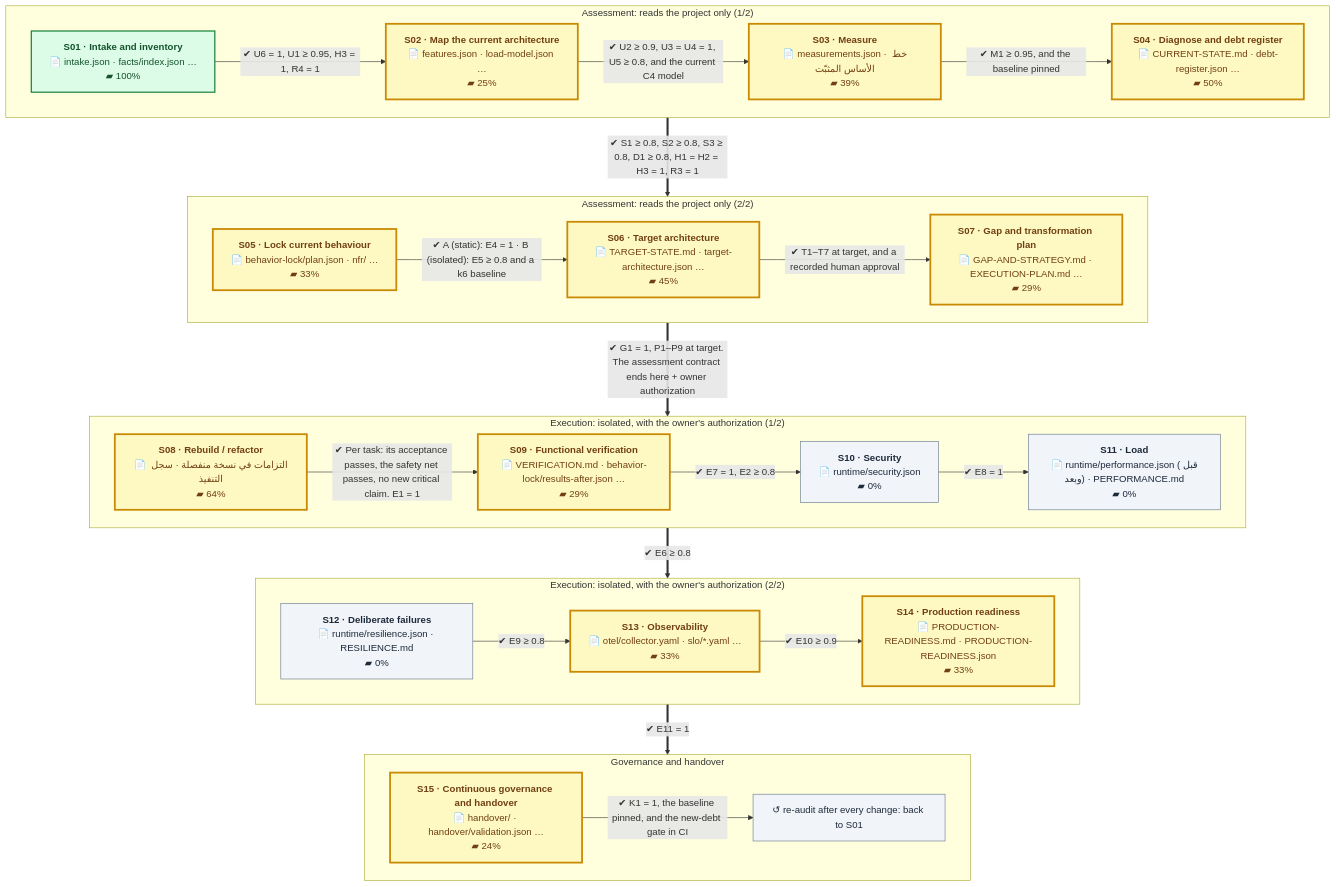
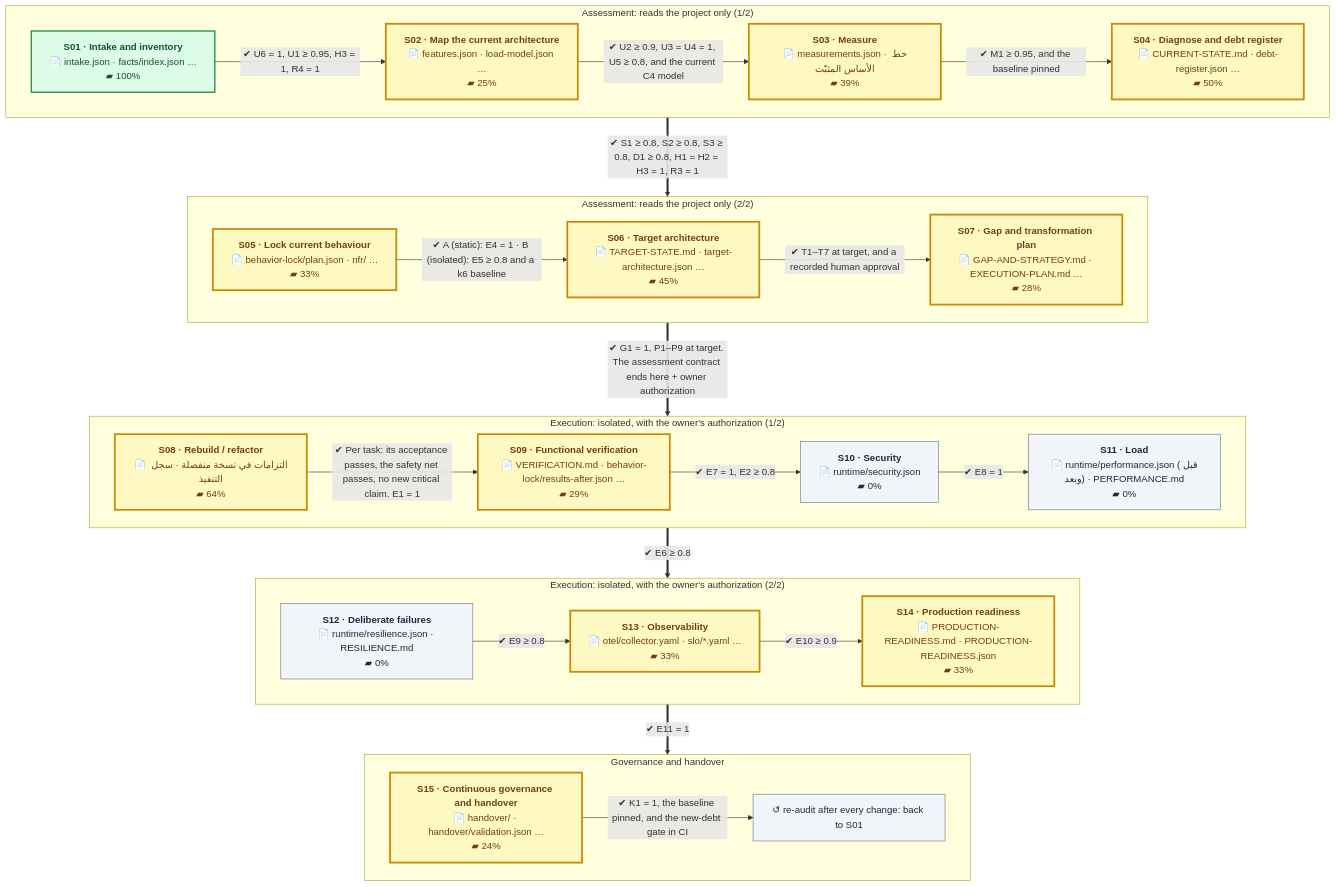
Before and after one commit to eom1417/engineering-audit-os: the first of 2 diagrams in README.en.md, drawn with Mermaid. The commit also changed other lines of this file and 44 other files, not shown here.

````diff
--- a/README.en.md
+++ b/README.en.md
@@ -52,54 +52,54 @@
 ```mermaid
 %%{init: {'flowchart': {'wrappingWidth': 260, 'nodeSpacing': 40, 'rankSpacing': 60}}}%%
 flowchart TB
     subgraph P1["Assessment: reads the project only (1/2)"]
         direction LR
         S01["<b>S01 · Intake and inventory</b><br/>📄 intake.json · facts/index.json …<br/>▰ 100%"]:::done
         S02["<b>S02 · Map the current architecture</b><br/>📄 features.json · load-model.json …<br/>▰ 25%"]:::current
         S03["<b>S03 · Measure</b><br/>📄 measurements.json · خط الأساس المثبّت<br/>▰ 39%"]:::current
         S04["<b>S04 · Diagnose and debt register</b><br/>📄 CURRENT-STATE.md · debt-register.json …<br/>▰ 50%"]:::current
         S01 -->|"✔ U6 = 1, U1 ≥ 0.95, H3 = 1, R4 = 1"| S02
         S02 -->|"✔ U2 ≥ 0.9, U3 = U4 = 1, U5 ≥ 0.8, and the current C4 model"| S03
         S03 -->|"✔ M1 ≥ 0.95, and the baseline pinned"| S04
     end
     subgraph P2["Assessment: reads the project only (2/2)"]
         direction LR
         S05["<b>S05 · Lock current behaviour</b><br/>📄 behavior-lock/plan.json · nfr/ …<br/>▰ 33%"]:::current
         S06["<b>S06 · Target architecture</b><br/>📄 TARGET-STATE.md · target-architecture.json …<br/>▰ 45%"]:::current
-        S07["<b>S07 · Gap and transformation plan</b><br/>📄 GAP-AND-STRATEGY.md · EXECUTION-PLAN.md …<br/>▰ 29%"]:::current
+        S07["<b>S07 · Gap and transformation plan</b><br/>📄 GAP-AND-STRATEGY.md · EXECUTION-PLAN.md …<br/>▰ 28%"]:::current
         S05 -->|"✔ A (static): E4 = 1 · B (isolated): E5 ≥ 0.8 and a k6 baseline"| S06
         S06 -->|"✔ T1–T7 at target, and a recorded human approval"| S07
     end
     subgraph P3["Execution: isolated, with the owner's authorization (1/2)"]
         direction LR
         S08["<b>S08 · Rebuild / refactor</b><br/>📄 التزامات في نسخة منفصلة · سجل التنفيذ<br/>▰ 64%"]:::current
         S09["<b>S09 · Functional verification</b><br/>📄 VERIFICATION.md · behavior-lock/results-after.json …<br/>▰ 29%"]:::current
         S10["<b>S10 · Security</b><br/>📄 runtime/security.json<br/>▰ 0%"]:::next
         S11["<b>S11 · Load</b><br/>📄 runtime/performance.json (قبل وبعد) · PERFORMANCE.md<br/>▰ 0%"]:::next
         S08 -->|"✔ Per task: its acceptance passes, the safety net passes, no new critical claim. E1 = 1"| S09
         S09 -->|"✔ E7 = 1, E2 ≥ 0.8"| S10
         S10 -->|"✔ E8 = 1"| S11
     end
     subgraph P4["Execution: isolated, with the owner's authorization (2/2)"]
         direction LR
         S12["<b>S12 · Deliberate failures</b><br/>📄 runtime/resilience.json · RESILIENCE.md<br/>▰ 0%"]:::next
         S13["<b>S13 · Observability</b><br/>📄 otel/collector.yaml · slo/*.yaml …<br/>▰ 33%"]:::current
         S14["<b>S14 · Production readiness</b><br/>📄 PRODUCTION-READINESS.md · PRODUCTION-READINESS.json<br/>▰ 33%"]:::current
         S12 -->|"✔ E9 ≥ 0.8"| S13
         S13 -->|"✔ E10 ≥ 0.9"| S14
     end
     subgraph P5["Governance and handover"]
         direction LR
         S15["<b>S15 · Continuous governance and handover</b><br/>📄 handover/ · handover/validation.json …<br/>▰ 24%"]:::current
         LOOP["↺ re-audit after every change: back to S01"]:::next
         S15 -->|"✔ K1 = 1, the baseline pinned, and the new-debt gate in CI"| LOOP
     end
     P1 ==>|"✔ S1 ≥ 0.8, S2 ≥ 0.8, S3 ≥ 0.8, D1 ≥ 0.8, H1 = H2 = H3 = 1, R3 = 1"| P2
     P2 ==>|"✔ G1 = 1, P1–P9 at target. The assessment contract ends here + owner authorization"| P3
     P3 ==>|"✔ E6 ≥ 0.8"| P4
     P4 ==>|"✔ E11 = 1"| P5
     classDef done fill:#dcfce7,stroke:#15803d,color:#14532d,stroke-width:2px
     classDef current fill:#fef9c3,stroke:#ca8a04,color:#713f12,stroke-width:3px
     classDef next fill:#f1f5f9,stroke:#64748b,color:#1e293b
     classDef owner fill:#fee2e2,stroke:#b91c1c,color:#7f1d1d,stroke-dasharray:5 3
 ```
````
